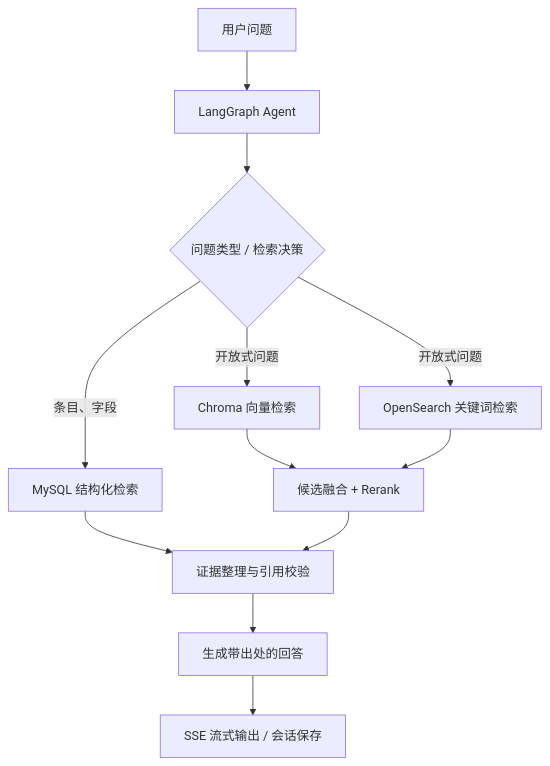
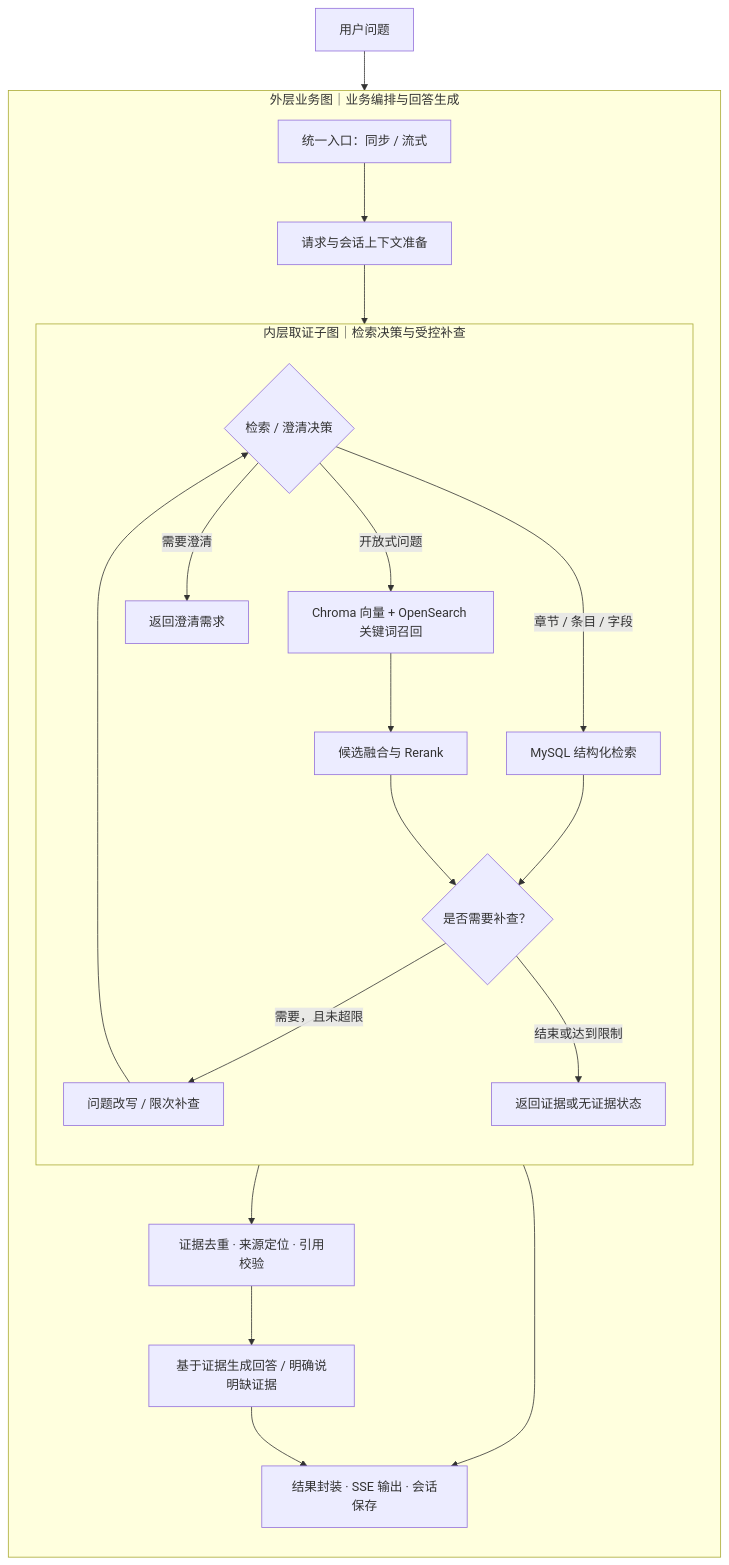
Before and after one commit to Cloud2020-L/Cloud2020-L: the diagram in README.md, drawn with Mermaid. The commit also changed other lines of this file, not shown here.

Commit message:
docs: showcase dual-layer Agent graph and demo video

````diff
--- a/README.md
+++ b/README.md
@@ -60,14 +68,40 @@
 ```mermaid
-flowchart TD
-    U["用户问题"] --> A["LangGraph Agent"]
-    A --> D{"问题类型 / 检索决策"}
-    D -->|"条目、字段"| S["MySQL 结构化检索"]
-    D -->|"开放式问题"| V["Chroma 向量检索"]
-    D -->|"开放式问题"| K["OpenSearch 关键词检索"]
-    V --> F["候选融合 + Rerank"]
-    K --> F
-    S --> E["证据整理与引用校验"]
-    F --> E
-    E --> G["生成带出处的回答"]
-    G --> R["SSE 流式输出 / 会话保存"]
+flowchart TB
+    USER["用户问题"]
+
+    subgraph OUTER["外层业务图｜业务编排与回答生成"]
+        direction TB
+        ENTRY["统一入口：同步 / 流式"]
+        CONTEXT["请求与会话上下文准备"]
+
+        subgraph INNER["内层取证子图｜检索决策与受控补查"]
+            direction TB
+            DECIDE{"检索 / 澄清决策"}
+            STRUCT["MySQL 结构化检索"]
+            HYBRID["Chroma 向量 + OpenSearch 关键词召回"]
+            RERANK["候选融合与 Rerank"]
+            CHECK{"是否需要补查？"}
+            REQUERY["问题改写 / 限次补查"]
+            EVIDENCE_RESULT["返回证据或无证据状态"]
+            CLARIFY["返回澄清需求"]
+
+            DECIDE -->|"章节 / 条目 / 字段"| STRUCT
+            DECIDE -->|"开放式问题"| HYBRID
+            DECIDE -->|"需要澄清"| CLARIFY
+            STRUCT --> CHECK
+            HYBRID --> RERANK --> CHECK
+            CHECK -->|"需要，且未超限"| REQUERY --> DECIDE
+            CHECK -->|"结束或达到限制"| EVIDENCE_RESULT
+        end
+
+        PROCESS["证据去重 · 来源定位 · 引用校验"]
+        ANSWER["基于证据生成回答 / 明确说明缺证据"]
+        OUTPUT["结果封装 · SSE 输出 · 会话保存"]
+
+        ENTRY --> CONTEXT --> DECIDE
+        EVIDENCE_RESULT --> PROCESS --> ANSWER --> OUTPUT
+        CLARIFY --> OUTPUT
+    end
+
+    USER --> ENTRY
 ```
````
